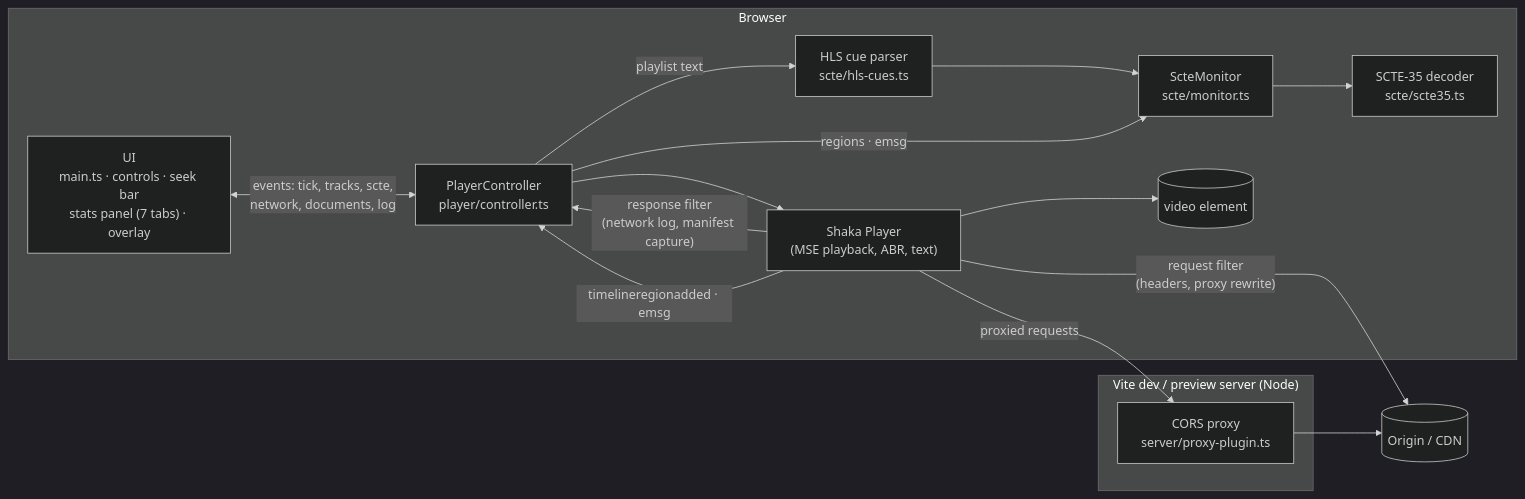
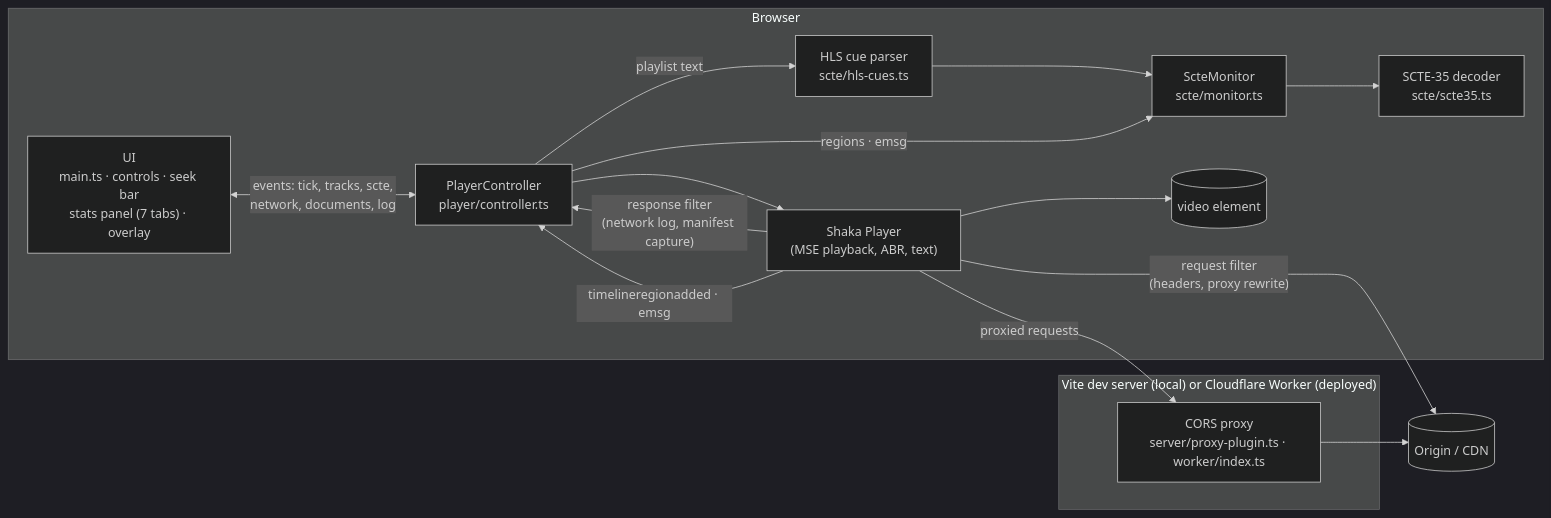
One commit to garghe/simple-abr-player changed the first of 2 diagrams in README.md. Above: the diagram before and after it, drawn with Mermaid (dark theme). The commit also changed other lines of this file and 10 other files, not shown here.

````diff
--- a/README.md
+++ b/README.md
@@ -182,26 +245,26 @@
 ```mermaid
 flowchart LR
   subgraph Browser
     UI["UI<br/>main.ts · controls · seek bar<br/>stats panel (7 tabs) · overlay"]
     PC["PlayerController<br/>player/controller.ts"]
     SM["ScteMonitor<br/>scte/monitor.ts"]
     DEC["SCTE-35 decoder<br/>scte/scte35.ts"]
     HLS["HLS cue parser<br/>scte/hls-cues.ts"]
     SHAKA["Shaka Player<br/>(MSE playback, ABR, text)"]
     VIDEO[("video element")]
   end
-  subgraph "Vite dev / preview server (Node)"
-    PROXY["CORS proxy<br/>server/proxy-plugin.ts"]
+  subgraph "Vite dev server (local) or Cloudflare Worker (deployed)"
+    PROXY["CORS proxy<br/>server/proxy-plugin.ts · worker/index.ts"]
   end
   CDN[("Origin / CDN")]
 
   UI <-- "events: tick, tracks, scte,<br/>network, documents, log" --> PC
   PC --> SHAKA --> VIDEO
   SHAKA -- "request filter<br/>(headers, proxy rewrite)" --> CDN
   SHAKA -- "proxied requests" --> PROXY --> CDN
   SHAKA -- "response filter<br/>(network log, manifest capture)" --> PC
   SHAKA -- "timelineregionadded · emsg" --> PC
   PC -- "playlist text" --> HLS --> SM
   PC -- "regions · emsg" --> SM
   SM --> DEC
 ```
````
